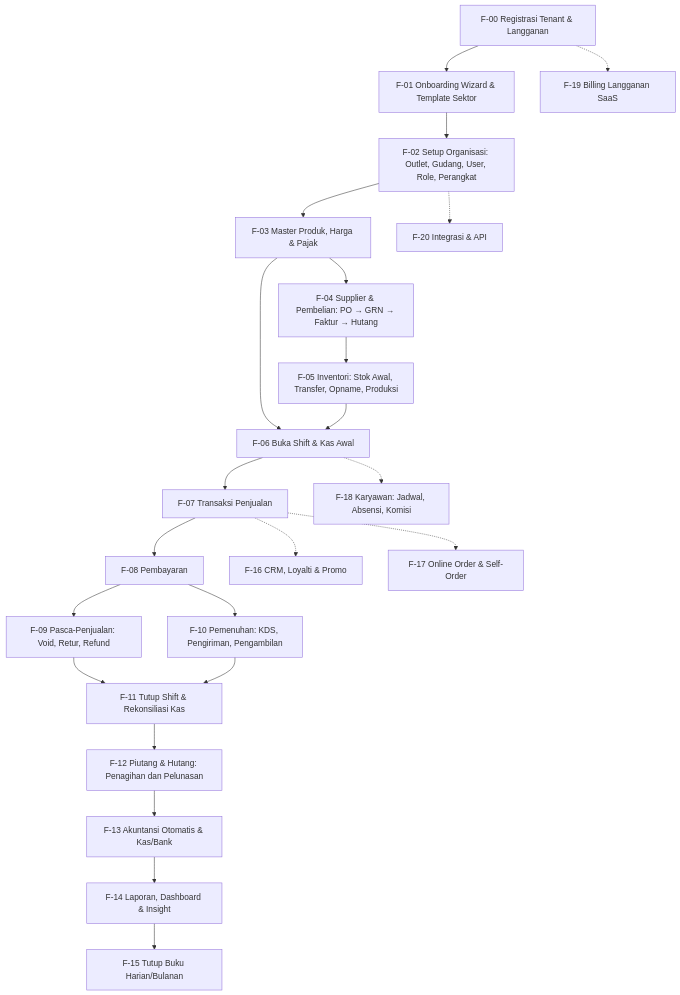
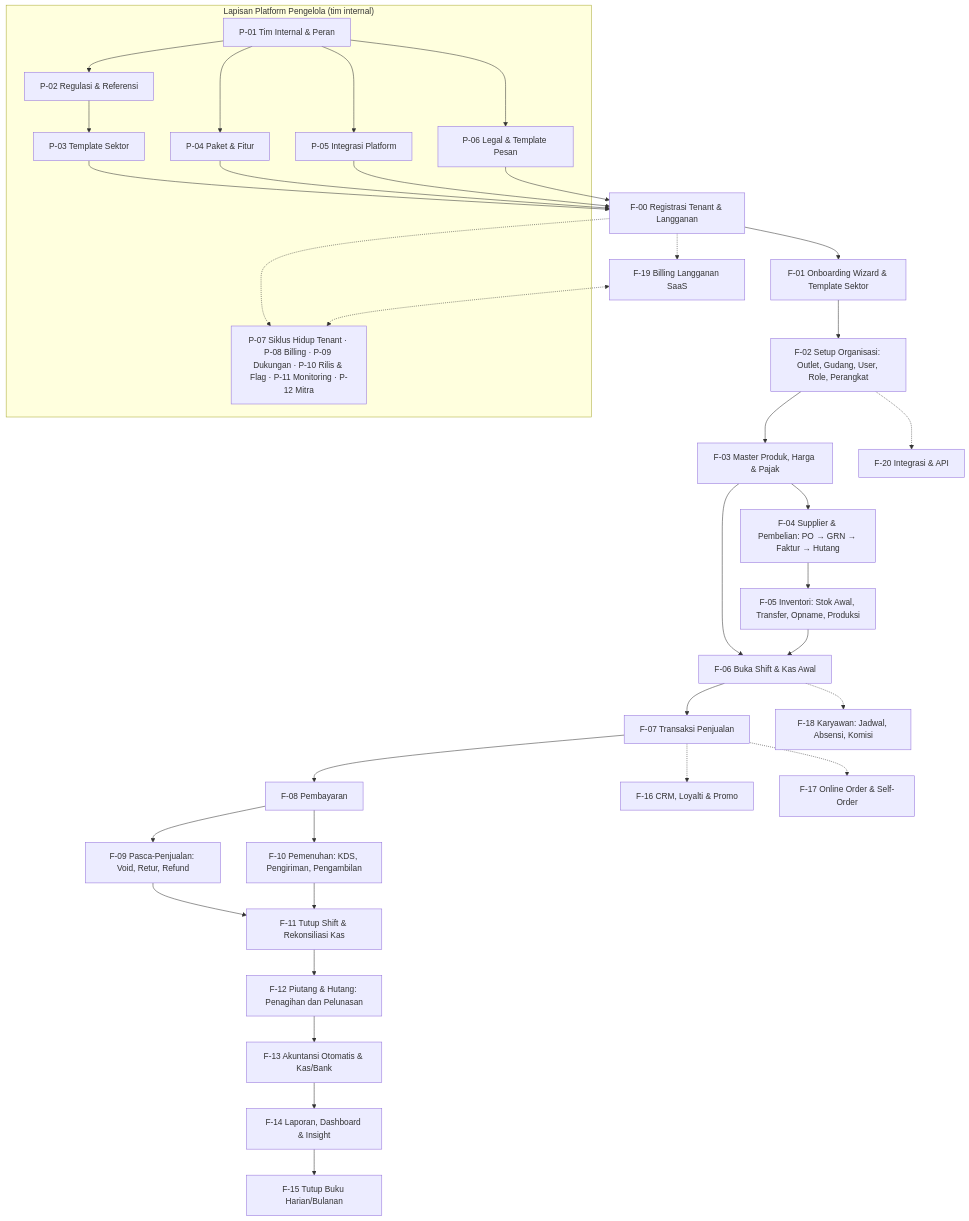
The first of 10 diagrams in PRD.md (ahmad-affandi08/POS-SAAS), drawn with Mermaid before and after one commit. The commit also changed other lines of this file, not shown here.

First line of the commit message:
docs(prd): add Platform Pengelola (internal SaaS operator console)

````diff
--- a/PRD.md
+++ b/PRD.md
@@ -316,25 +320,36 @@
 ```mermaid
 flowchart TD
+    subgraph PGL["Lapisan Platform Pengelola (tim internal)"]
+      PA[P-01 Tim Internal & Peran] --> PB[P-02 Regulasi & Referensi]
+      PB --> PC[P-03 Template Sektor]
+      PA --> PD[P-04 Paket & Fitur]
+      PA --> PE[P-05 Integrasi Platform]
+      PA --> PF[P-06 Legal & Template Pesan]
+      PG[P-07 Siklus Hidup Tenant · P-08 Billing · P-09 Dukungan · P-10 Rilis & Flag · P-11 Monitoring · P-12 Mitra]
+    end
+    PC & PD & PE & PF --> A
+    A -.-> PG
     A[F-00 Registrasi Tenant & Langganan] --> B[F-01 Onboarding Wizard & Template Sektor]
     B --> C[F-02 Setup Organisasi: Outlet, Gudang, User, Role, Perangkat]
     C --> D[F-03 Master Produk, Harga & Pajak]
     D --> E[F-04 Supplier & Pembelian: PO → GRN → Faktur → Hutang]
     E --> F[F-05 Inventori: Stok Awal, Transfer, Opname, Produksi]
     D --> G
     F --> G[F-06 Buka Shift & Kas Awal]
     G --> H[F-07 Transaksi Penjualan]
     H --> I[F-08 Pembayaran]
     I --> J[F-09 Pasca-Penjualan: Void, Retur, Refund]
     I --> K[F-10 Pemenuhan: KDS, Pengiriman, Pengambilan]
     J --> L[F-11 Tutup Shift & Rekonsiliasi Kas]
     K --> L
     L --> M[F-12 Piutang & Hutang: Penagihan dan Pelunasan]
     M --> N[F-13 Akuntansi Otomatis & Kas/Bank]
     N --> O[F-14 Laporan, Dashboard & Insight]
     O --> P[F-15 Tutup Buku Harian/Bulanan]
     H -.-> Q[F-16 CRM, Loyalti & Promo]
     H -.-> R[F-17 Online Order & Self-Order]
     G -.-> S[F-18 Karyawan: Jadwal, Absensi, Komisi]
     A -.-> T[F-19 Billing Langganan SaaS]
+    T <-.-> PG
     C -.-> U[F-20 Integrasi & API]
 ```
````
